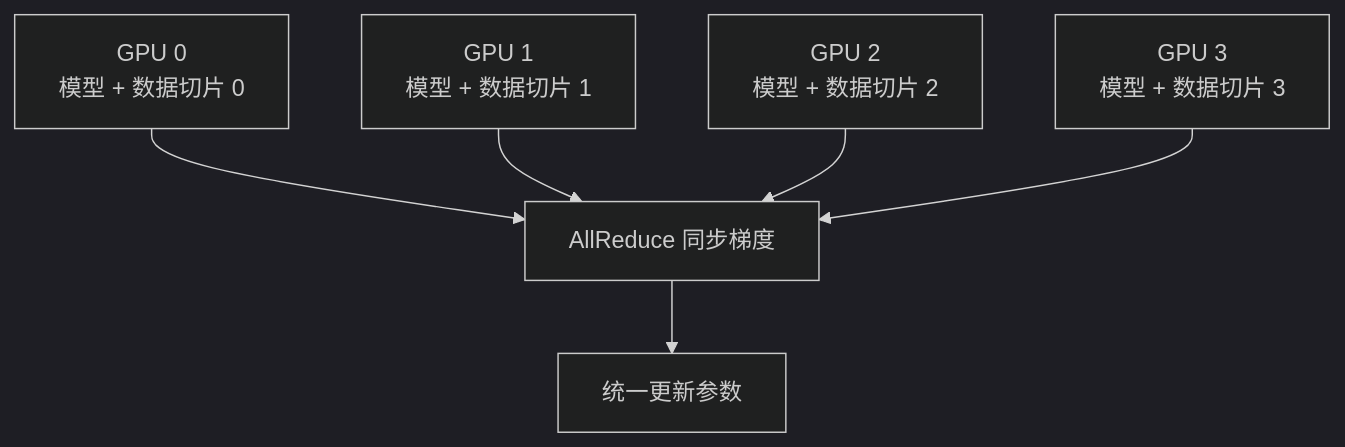
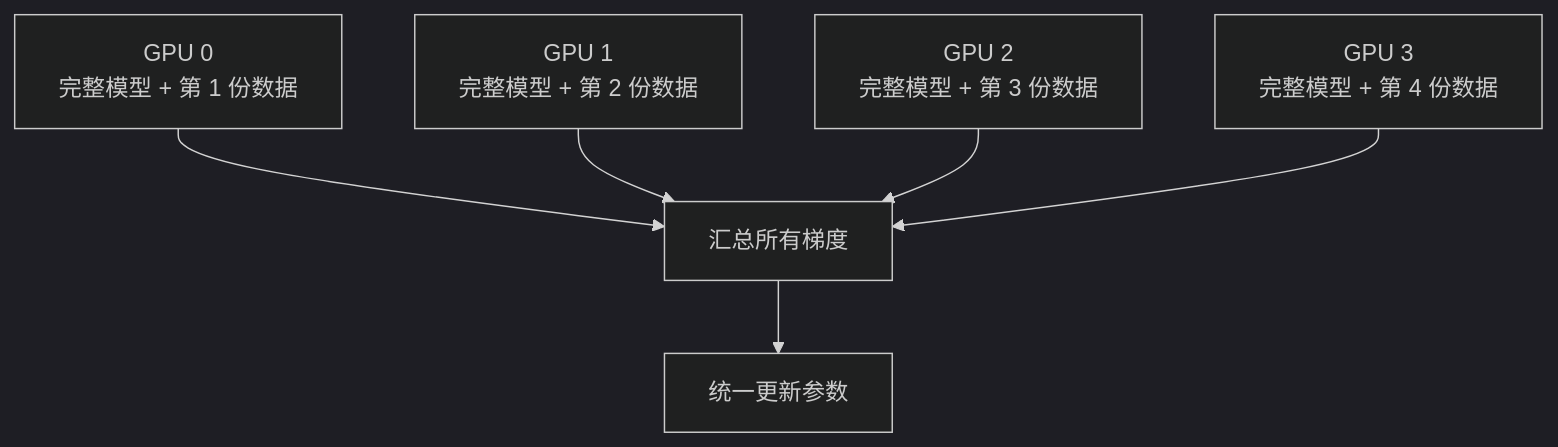
Before and after one commit to Laughingtt/agentkit: the fourth of 4 diagrams in part-1-大模型基础/ch04-预训练与微调.md, drawn with Mermaid (dark theme). The commit also changed other lines of this file, not shown here.

First line of the commit message:
Ch4：LoRA 补上「低秩」到底是什么，并修掉 Scaling Law 那张会误导人的图

````diff
--- a/part-1-大模型基础/ch04-预训练与微调.md
+++ b/part-1-大模型基础/ch04-预训练与微调.md
@@ -118,8 +132,8 @@
 ```mermaid
 graph TD
-    G0[GPU 0<br/>模型 + 数据切片 0] --> AR[AllReduce 同步梯度]
-    G1[GPU 1<br/>模型 + 数据切片 1] --> AR
-    G2[GPU 2<br/>模型 + 数据切片 2] --> AR
-    G3[GPU 3<br/>模型 + 数据切片 3] --> AR
+    G0[GPU 0<br/>完整模型 + 第 1 份数据] --> AR[汇总所有梯度]
+    G1[GPU 1<br/>完整模型 + 第 2 份数据] --> AR
+    G2[GPU 2<br/>完整模型 + 第 3 份数据] --> AR
+    G3[GPU 3<br/>完整模型 + 第 4 份数据] --> AR
     AR --> U[统一更新参数]
 ```
````
